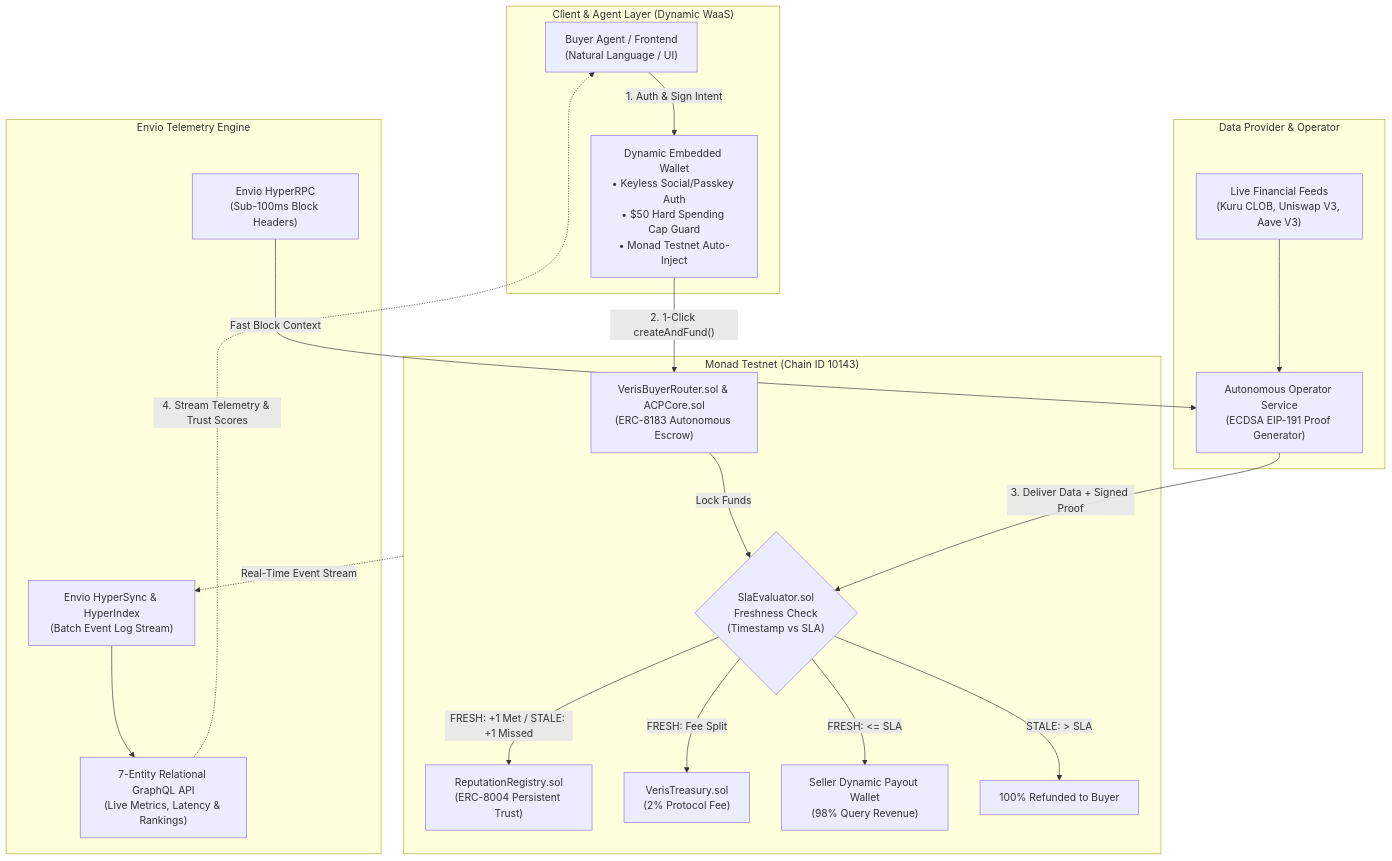
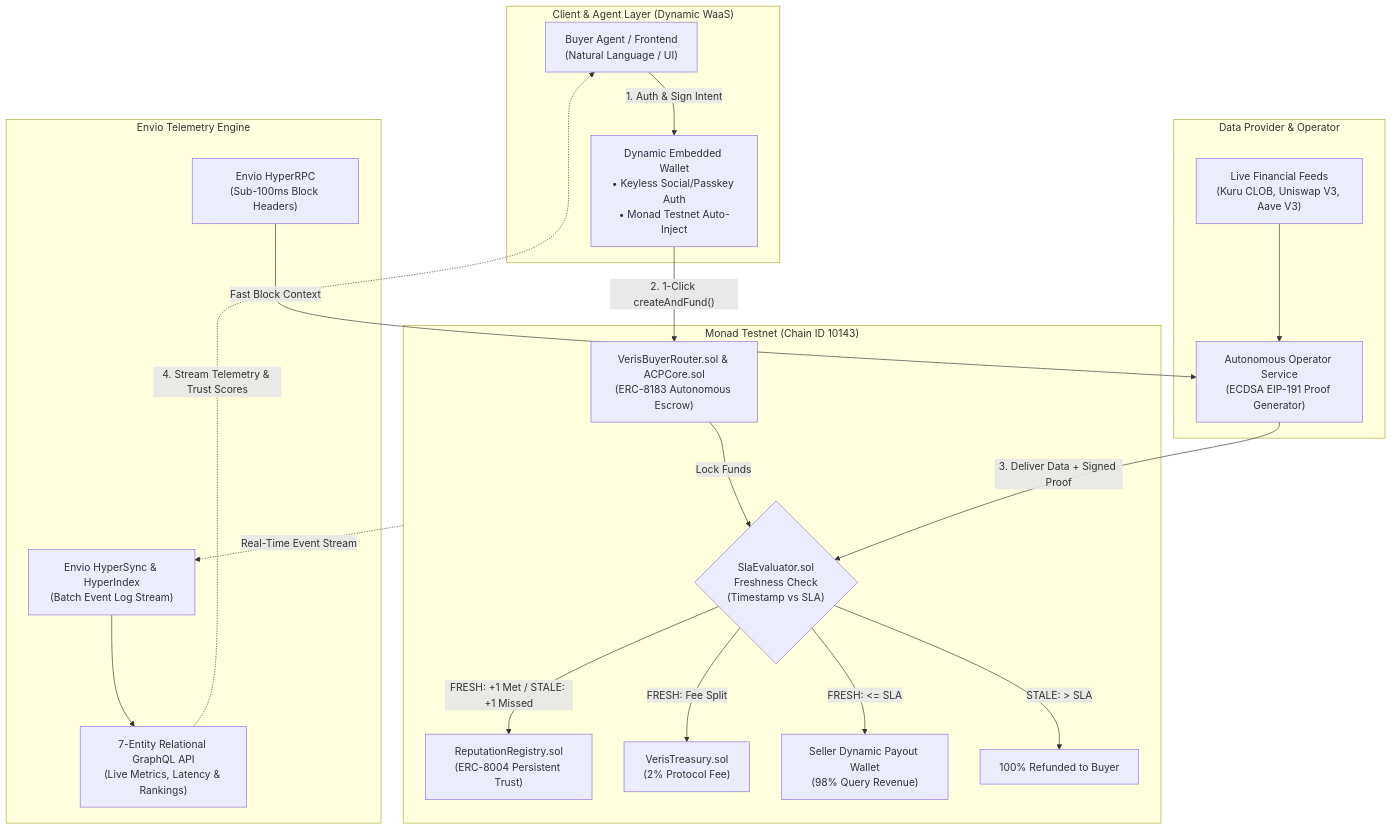
Before and after one commit to Ultraviolet01/Veris: the diagram in README.md, drawn with Mermaid. The commit also changed other lines of this file, not shown here.

Commit message:
docs: remove 50 dollar spending cap from system architecture diagram

````diff
--- a/README.md
+++ b/README.md
@@ -49,42 +49,42 @@
 ```mermaid
 flowchart TD
     subgraph Client["Client & Agent Layer (Dynamic WaaS)"]
         Buyer["Buyer Agent / Frontend<br>(Natural Language / UI)"]
-        Dynamic["Dynamic Embedded Wallet<br>• Keyless Social/Passkey Auth<br>• $50 Hard Spending Cap Guard<br>• Monad Testnet Auto-Inject"]
+        Dynamic["Dynamic Embedded Wallet<br>• Keyless Social/Passkey Auth<br>• Monad Testnet Auto-Inject"]
         Buyer -->|"1. Auth & Sign Intent"| Dynamic
     end
 
     subgraph OnChain["Monad Testnet (Chain ID 10143)"]
         Router["VerisBuyerRouter.sol & ACPCore.sol<br>(ERC-8183 Autonomous Escrow)"]
         Evaluator{"SlaEvaluator.sol<br>Freshness Check<br>(Timestamp vs SLA)"}
         Reputation["ReputationRegistry.sol<br>(ERC-8004 Persistent Trust)"]
         Treasury["VerisTreasury.sol<br>(2% Protocol Fee)"]
         SellerWallet["Seller Dynamic Payout Wallet<br>(98% Query Revenue)"]
 
         Router -->|"Lock Funds"| Evaluator
         Evaluator -->|"FRESH: <= SLA"| SellerWallet
         Evaluator -->|"FRESH: Fee Split"| Treasury
         Evaluator -->|"FRESH: +1 Met / STALE: +1 Missed"| Reputation
         Evaluator -->|"STALE: > SLA"| Refund["100% Refunded to Buyer"]
     end
 
     subgraph Provider["Data Provider & Operator"]
         DataSources["Live Financial Feeds<br>(Kuru CLOB, Uniswap V3, Aave V3)"]
         Operator["Autonomous Operator Service<br>(ECDSA EIP-191 Proof Generator)"]
         DataSources --> Operator
     end
 
     subgraph Envio["Envio Telemetry Engine"]
         HyperRPC["Envio HyperRPC<br>(Sub-100ms Block Headers)"]
         HyperSync["Envio HyperSync & HyperIndex<br>(Batch Event Log Stream)"]
         GraphQL["7-Entity Relational GraphQL API<br>(Live Metrics, Latency & Rankings)"]
 
         HyperRPC -->|"Fast Block Context"| Operator
         HyperSync --> GraphQL
     end
 
     Dynamic -->|"2. 1-Click createAndFund()"| Router
     Operator -->|"3. Deliver Data + Signed Proof"| Evaluator
     OnChain -.->|"Real-Time Event Stream"| HyperSync
     GraphQL -.->|"4. Stream Telemetry & Trust Scores"| Buyer
 ```
````
